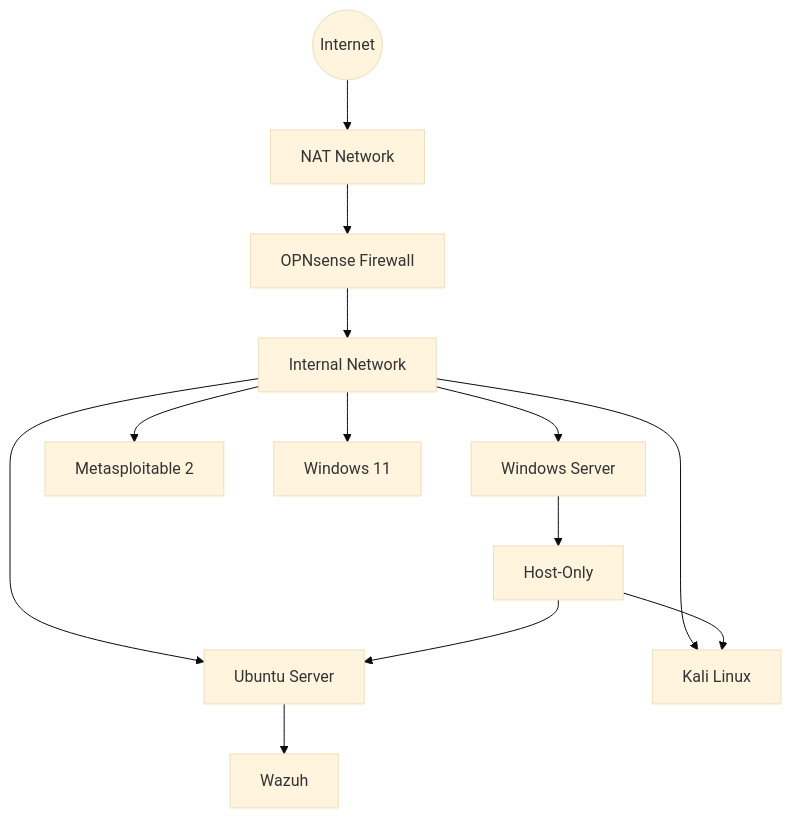
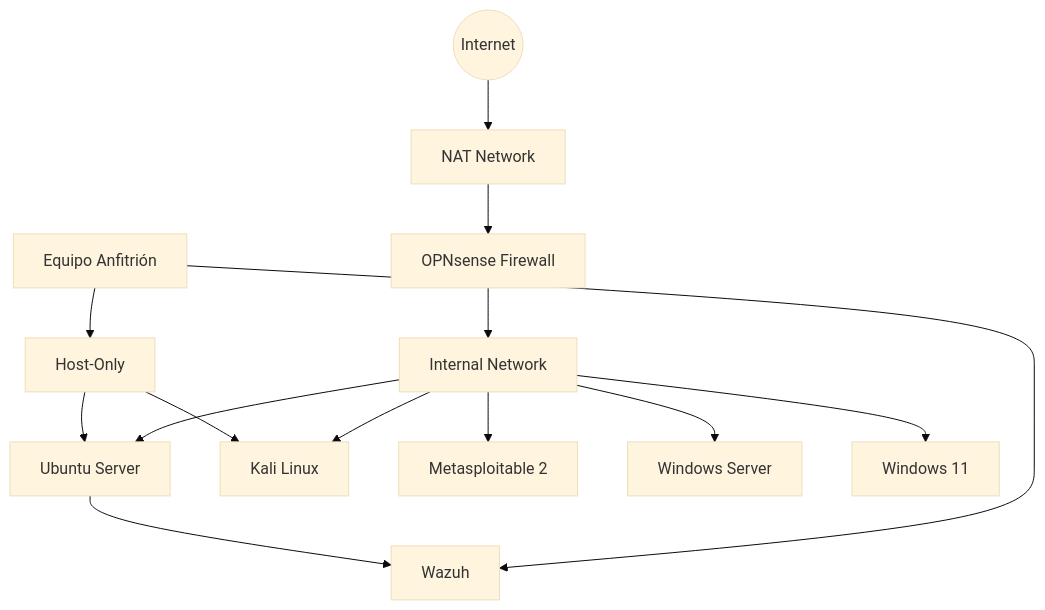
The diagram in README.md (Nirus07/home-lab), drawn with Mermaid (base theme) before and after one commit.

Commit message:
Rename 'Equipo Anfitrión' to 'M'

````diff
--- a/README.md
+++ b/README.md
@@ -7,21 +7,22 @@
 ```mermaid
 flowchart TD
     A((Internet)) --> L[NAT Network]
     L --> B[OPNsense Firewall]
     B --> C[Internal Network]
 
 
-    I[Equipo Anfitrión] --> E[Host-Only]
+    M[Equipo Anfitrión] --> E[Host-Only]
+    M[Equipo Anfitrión] --> K[Wazuh]
     
 
     C --> F[Ubuntu Server]
     E --> F[Ubuntu Server]
     C --> G[Kali Linux]
     E --> G[Kali Linux]
     C --> H[Metasploitable 2]
     C --> I[Windows Server]
     C --> J[Windows 11]
 
     F --> K[Wazuh]
     
 ```
````
